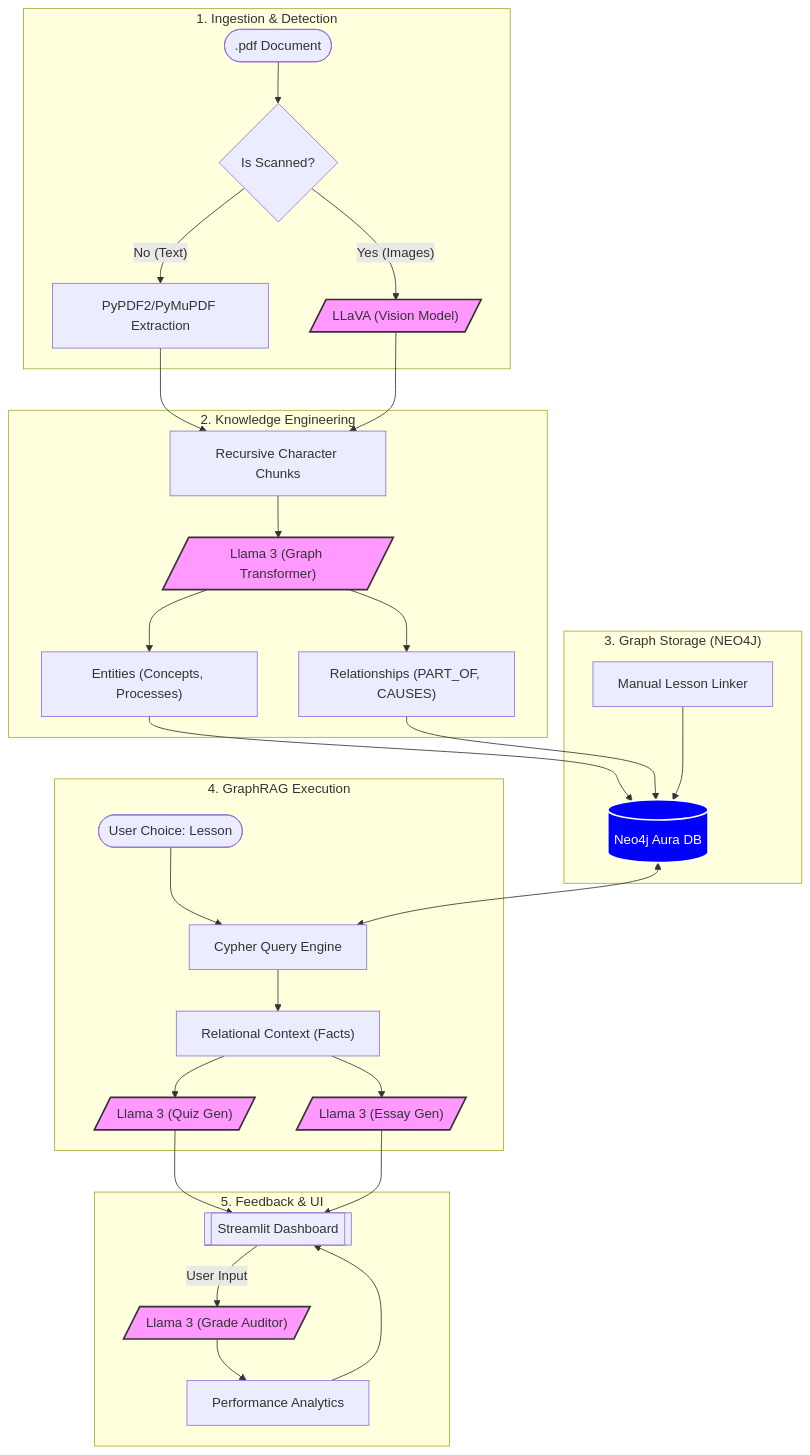
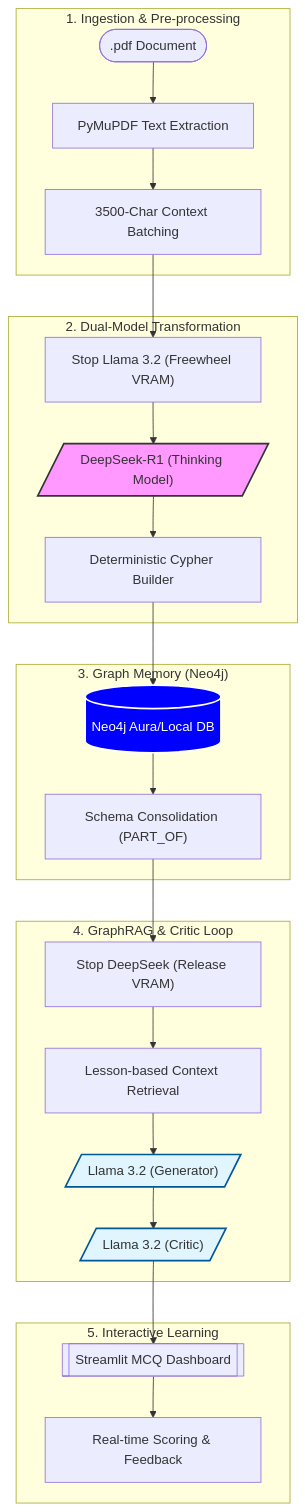
Before and after one commit to YoussefMoHlemyAlpha/GraphRAG-Edu-Suite: the second of 2 diagrams in ARCHITECTURE.md, drawn with Mermaid. The commit also changed other lines of this file and 4 other files, not shown here.

Commit message:
feat: Implement dual-model AI engine with dynamic VRAM swapping and deterministic Cypher generation, updating architecture documentation and adding core engine components.

````diff
--- a/ARCHITECTURE.md
+++ b/ARCHITECTURE.md
@@ -64,49 +59,43 @@
 ```mermaid
 flowchart TD
     %% 1. Ingestion Stage
-    subgraph STAGE_1 ["1. Ingestion & Detection"]
-        PDF([".pdf Document"]) --> IS_SCANNED{Is Scanned?}
-        IS_SCANNED -- "No (Text)" --> TEXT_EXTRACT["PyPDF2/PyMuPDF Extraction"]
-        IS_SCANNED -- "Yes (Images)" --> VISION_LLM[/"LLaVA (Vision Model)"/]
+    subgraph STAGE_1 ["1. Ingestion & Pre-processing"]
+        PDF([".pdf Document"]) --> TEXT_EXTRACT["PyMuPDF Text Extraction"]
+        TEXT_EXTRACT --> CHUNKING["3500-Char Context Batching"]
     end
 
     %% 2. Transformation Stage
-    subgraph STAGE_2 ["2. Knowledge Engineering"]
-        TEXT_EXTRACT --> CHUNKING["Recursive Character Chunks"]
-        VISION_LLM --> CHUNKING
-        CHUNKING --> LLM_TRANSFORM[/"Llama 3 (Graph Transformer)"/]
-        LLM_TRANSFORM --> NODES["Entities (Concepts, Processes)"]
-        LLM_TRANSFORM --> RELS["Relationships (PART_OF, CAUSES)"]
+    subgraph STAGE_2 ["2. Dual-Model Transformation"]
+        CHUNKING --> STOP_LLAMA["Stop Llama 3.2 (Freewheel VRAM)"]
+        STOP_LLAMA --> DS_EXTRACT[/"DeepSeek-R1 (Thinking Model)"/]
+        DS_EXTRACT --> PYTHON_CYPHER["Deterministic Cypher Builder"]
     end
 
     %% 3. Persistence Stage
-    subgraph STAGE_3 ["3. Graph Storage (NEO4J)"]
-        NODES --> GRAPH_DB[("Neo4j Aura DB")]
-        RELS --> GRAPH_DB
-        LESSON_LINK["Manual Lesson Linker"] --> GRAPH_DB
+    subgraph STAGE_3 ["3. Graph Memory (Neo4j)"]
+        PYTHON_CYPHER --> GRAPH_DB[("Neo4j Aura/Local DB")]
+        GRAPH_DB --> SCHEMA_VAL["Schema Consolidation (PART_OF)"]
     end
 
     %% 4. Retrieval & Generation Stage
-    subgraph STAGE_4 ["4. GraphRAG Execution"]
-        USER_QUERY([User Choice: Lesson]) --> CYPHER_GEN["Cypher Query Engine"]
-        GRAPH_DB <--> CYPHER_GEN
-        CYPHER_GEN --> FACTS["Relational Context (Facts)"]
-        FACTS --> QUIZ_GEN[/"Llama 3 (Quiz Gen)"/]
-        FACTS --> ESSAY_GEN[/"Llama 3 (Essay Gen)"/]
+    subgraph STAGE_4 ["4. GraphRAG & Critic Loop"]
+        SCHEMA_VAL --> STOP_DS["Stop DeepSeek (Release VRAM)"]
+        STOP_DS --> RETRIEVAL["Lesson-based Context Retrieval"]
+        RETRIEVAL --> QUIZ_GEN[/"Llama 3.2 (Generator)"/]
+        QUIZ_GEN --> QUIZ_CRITIC[/"Llama 3.2 (Critic)"/]
     end
 
-    %% 5. Evaluation & UI Stage
-    subgraph STAGE_5 ["5. Feedback & UI"]
-        QUIZ_GEN --> ST_UI[["Streamlit Dashboard"]]
-        ESSAY_GEN --> ST_UI
-        ST_UI -- "User Input" --> EVAL_LLM[/"Llama 3 (Grade Auditor)"/]
-        EVAL_LLM --> REPORT["Performance Analytics"]
-        REPORT --> ST_UI
+    %% 5. UI Stage
+    subgraph STAGE_5 ["5. Interactive Learning"]
+        QUIZ_CRITIC --> ST_UI[["Streamlit MCQ Dashboard"]]
+        ST_UI --> EVAL["Real-time Scoring & Feedback"]
     end
 
     %% Styles
-    classDef llm fill:#f9f,stroke:#333,stroke-width:2px;
+    classDef ds fill:#f9f,stroke:#333,stroke-width:2px;
+    classDef llama fill:#e1f5fe,stroke:#01579b,stroke-width:2px;
     classDef db fill:#00f,stroke:#fff,stroke-width:2px,color:#fff;
-    class VISION_LLM,LLM_TRANSFORM,QUIZ_GEN,ESSAY_GEN,EVAL_LLM llm;
+    class DS_EXTRACT ds;
+    class QUIZ_GEN,QUIZ_CRITIC llama;
     class GRAPH_DB db;
 ```
````
